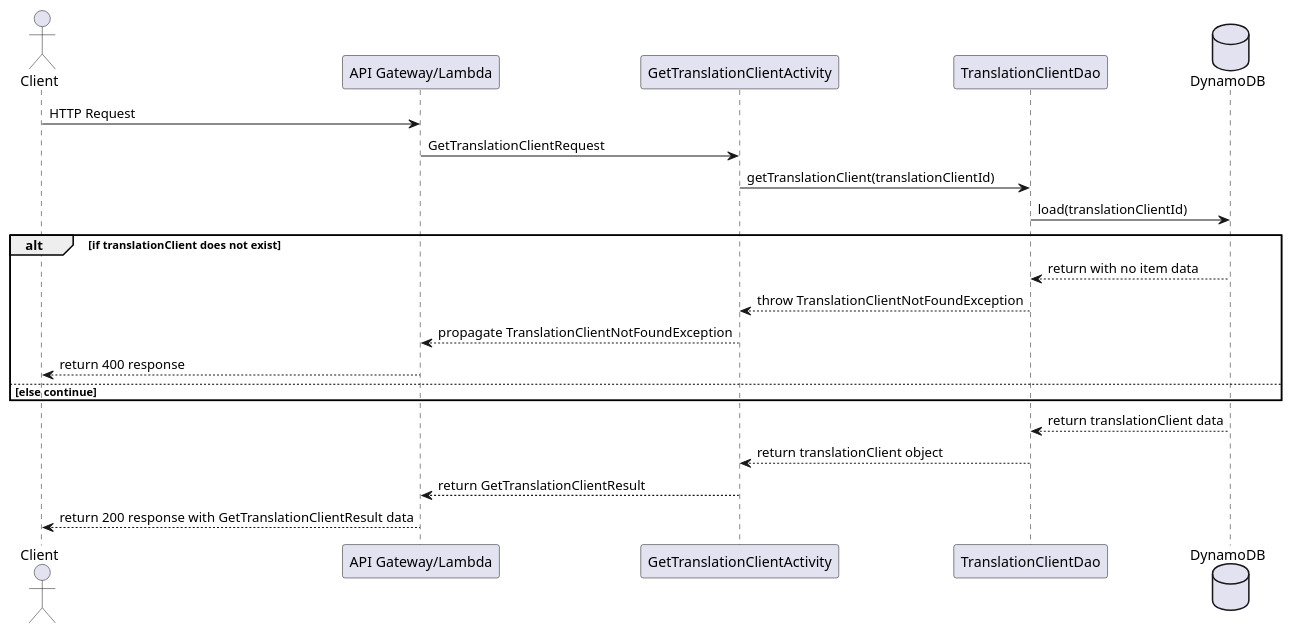
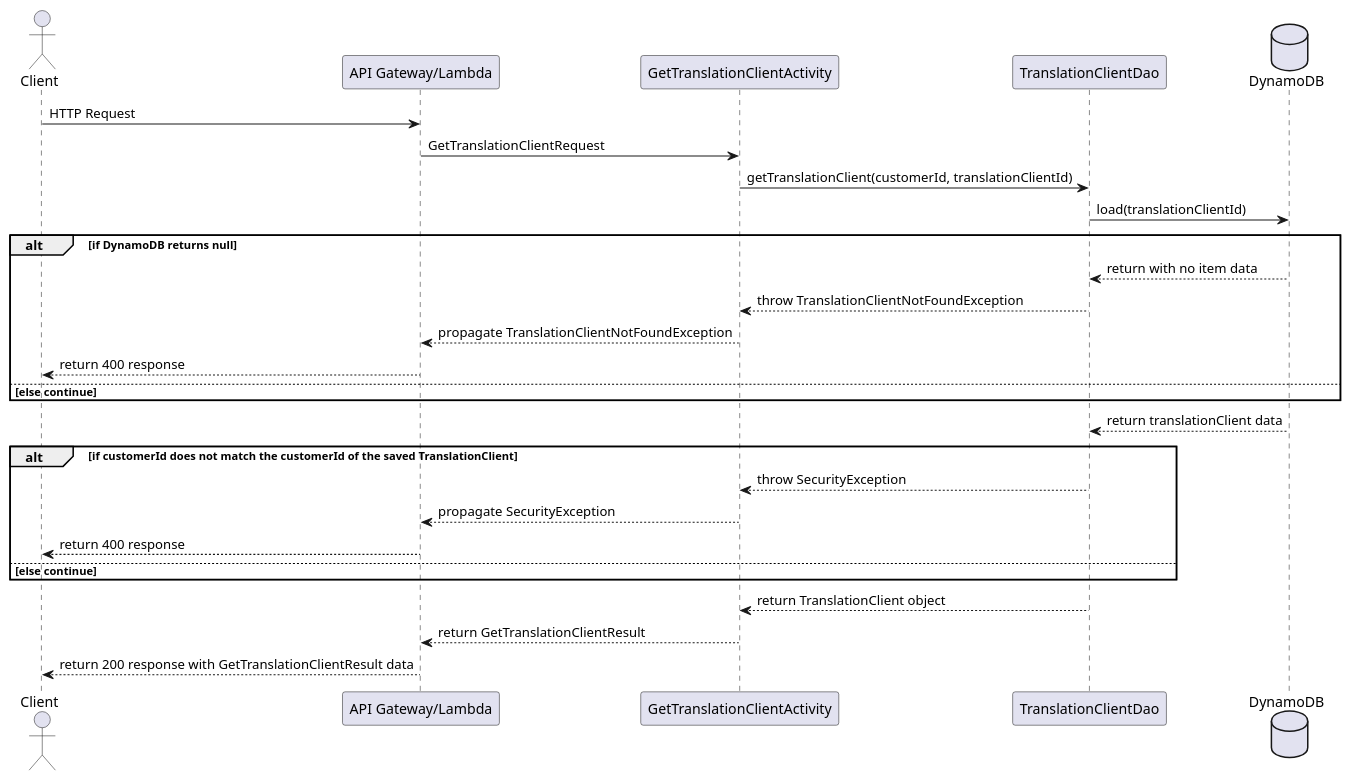
The diagram in resources/GetTranslationClient-Sequence.puml (usedtothink/translation-tracker), drawn with PlantUML before and after one commit. The commit also changed 30 other files, not shown here.

```diff
--- a/resources/GetTranslationClient-Sequence.puml
+++ b/resources/GetTranslationClient-Sequence.puml
@@ -1,27 +1,35 @@
 @startuml
 
 actor Client
 participant "API Gateway/Lambda"
 participant GetTranslationClientActivity
 participant TranslationClientDao
 database    DynamoDB
 
 Client -> "API Gateway/Lambda" : HTTP Request
 "API Gateway/Lambda" -> GetTranslationClientActivity : GetTranslationClientRequest
-GetTranslationClientActivity -> TranslationClientDao : getTranslationClient(translationClientId)
+GetTranslationClientActivity -> TranslationClientDao : getTranslationClient(customerId, translationClientId)
 TranslationClientDao -> DynamoDB : load(translationClientId)
 
-alt if translationClient does not exist
+alt if DynamoDB returns null
     DynamoDB --> TranslationClientDao : return with no item data
     TranslationClientDao --> GetTranslationClientActivity : throw TranslationClientNotFoundException
     GetTranslationClientActivity --> "API Gateway/Lambda" : propagate TranslationClientNotFoundException
     "API Gateway/Lambda" --> Client : return 400 response
 else else continue
 end
 
 DynamoDB --> TranslationClientDao : return translationClient data
-TranslationClientDao --> GetTranslationClientActivity : return translationClient object
+
+alt if customerId does not match the customerId of the saved TranslationClient
+    TranslationClientDao --> GetTranslationClientActivity : throw SecurityException
+    GetTranslationClientActivity --> "API Gateway/Lambda" : propagate SecurityException
+    "API Gateway/Lambda" --> Client : return 400 response
+else else continue
+end
+
+TranslationClientDao --> GetTranslationClientActivity : return TranslationClient object
 GetTranslationClientActivity --> "API Gateway/Lambda" : return GetTranslationClientResult
 "API Gateway/Lambda" --> Client : return 200 response with GetTranslationClientResult data
 
 @enduml
```
